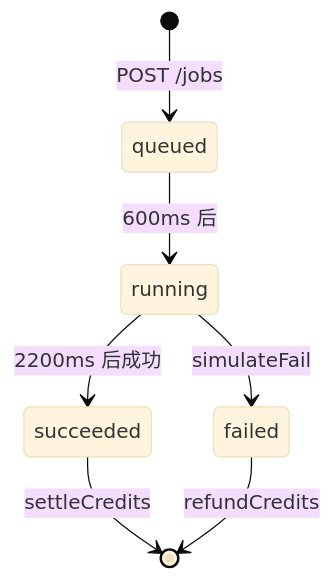
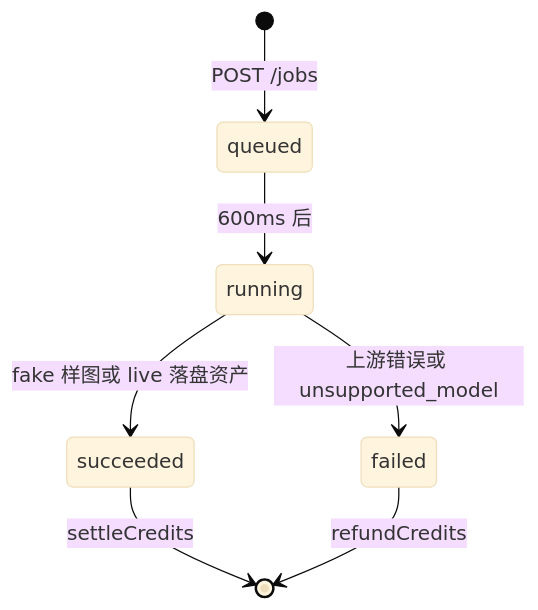
The first of 2 diagrams in .monkeycode/docs/专有概念/Job.md (xxl0915/monkeycode_amam), drawn with Mermaid (base theme) before and after one commit. The commit also changed other lines of this file and 43 other files, not shown here.

````diff
--- a/.monkeycode/docs/专有概念/Job.md
+++ b/.monkeycode/docs/专有概念/Job.md
@@ -68,9 +69,9 @@
 ```mermaid
 stateDiagram-v2
     [*] --> queued: POST /jobs
     queued --> running: 600ms 后
-    running --> succeeded: 2200ms 后成功
-    running --> failed: simulateFail
+    running --> succeeded: fake 样图或 live 落盘资产
+    running --> failed: 上游错误或 unsupported_model
     succeeded --> [*]: settleCredits
     failed --> [*]: refundCredits
 ```
````
